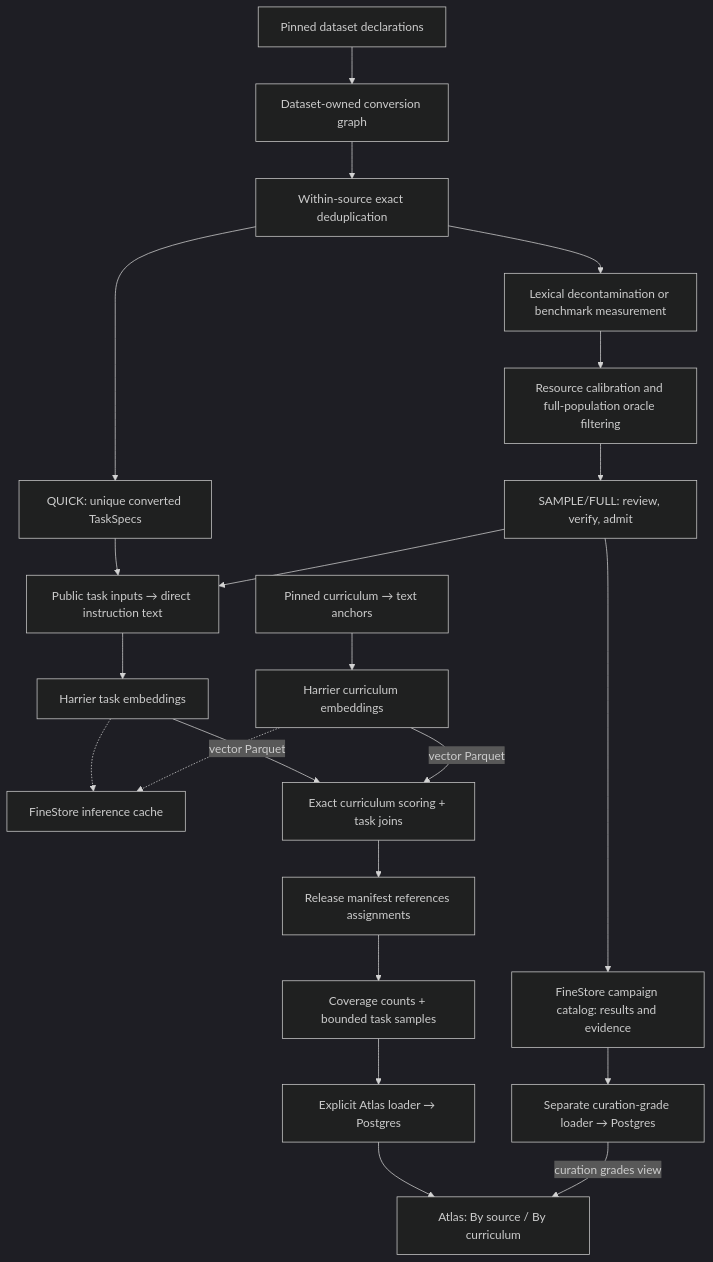
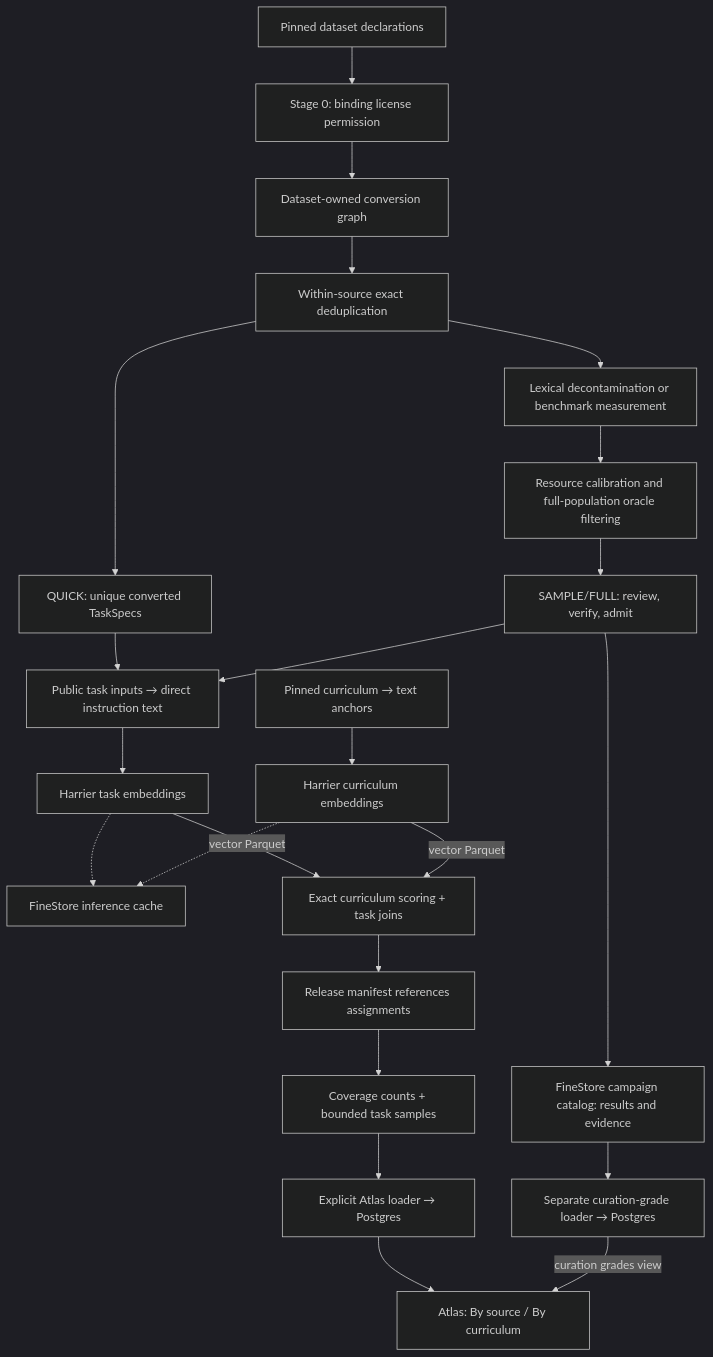
Before and after one commit to marin-community/marin: the diagram in docs/references/task-curation.md, drawn with Mermaid (dark theme). The commit also changed other lines of this file and 29 other files, not shown here.

First line of the commit message:
[Atlas] Gate new ingestion and admission on pinned license evidence

````diff
--- a/docs/references/task-curation.md
+++ b/docs/references/task-curation.md
@@ -194,24 +257,25 @@
 ```mermaid
 flowchart TD
-    sources["Pinned dataset declarations"] --> conversion["Dataset-owned conversion graph"]
+    sources["Pinned dataset declarations"] --> license["Stage 0: binding license permission"]
+    license --> conversion["Dataset-owned conversion graph"]
     conversion --> dedup["Within-source exact deduplication"]
     dedup --> quick["QUICK: unique converted TaskSpecs"]
     dedup --> decon["Lexical decontamination or benchmark measurement"]
     decon --> calibration["Resource calibration and full-population oracle filtering"]
     calibration --> reviewed["SAMPLE/FULL: review, verify, admit"]
     reviewed --> catalog["FineStore campaign catalog: results and evidence"]
     quick --> text["Public task inputs → direct instruction text"]
     reviewed --> text
     text --> task_vectors["Harrier task embeddings"]
     curriculum["Pinned curriculum → text anchors"] --> curriculum_vectors["Harrier curriculum embeddings"]
     task_vectors -.-> cache["FineStore inference cache"]
     curriculum_vectors -.-> cache
     task_vectors -->|vector Parquet| alignment["Exact curriculum scoring + task joins"]
     curriculum_vectors -->|vector Parquet| alignment
     alignment --> release["Release manifest references assignments"]
     release --> coverage["Coverage counts + bounded task samples"]
     coverage --> loader["Explicit Atlas loader → Postgres"]
     loader --> atlas["Atlas: By source / By curriculum"]
     catalog --> grades["Separate curation-grade loader → Postgres"]
     grades -->|curation grades view| atlas
 ```
````
